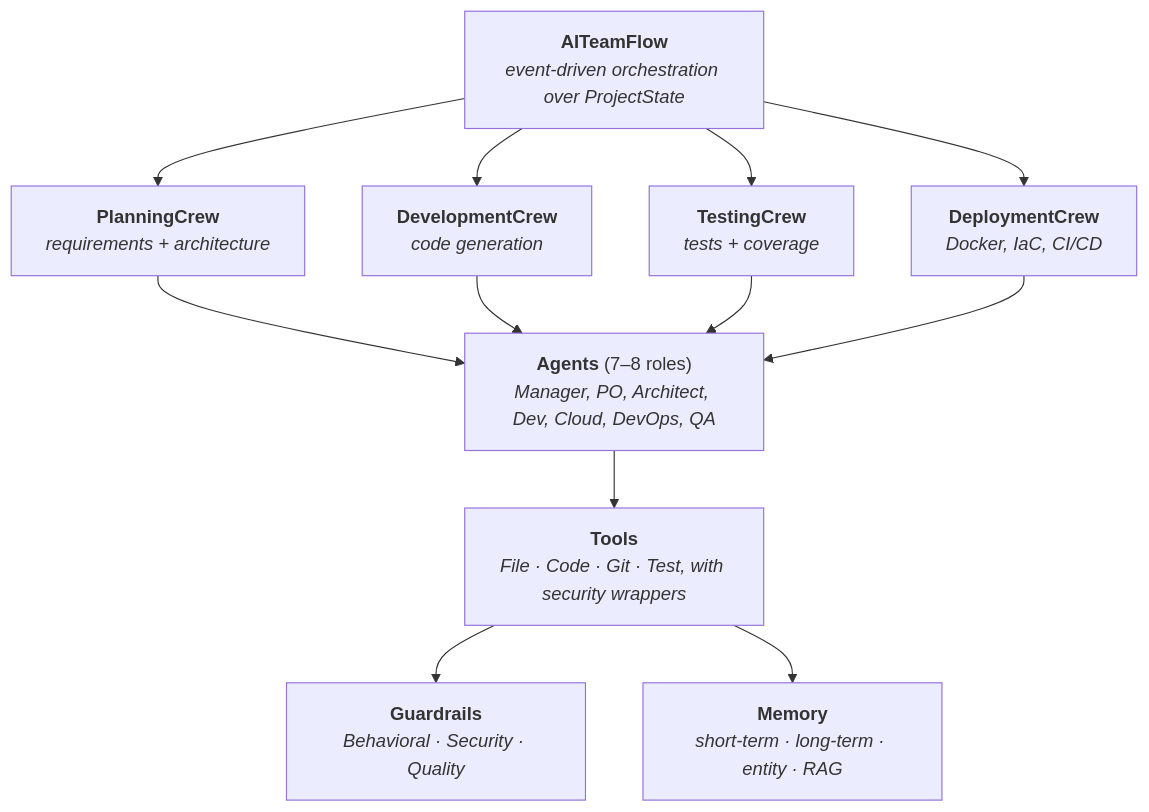
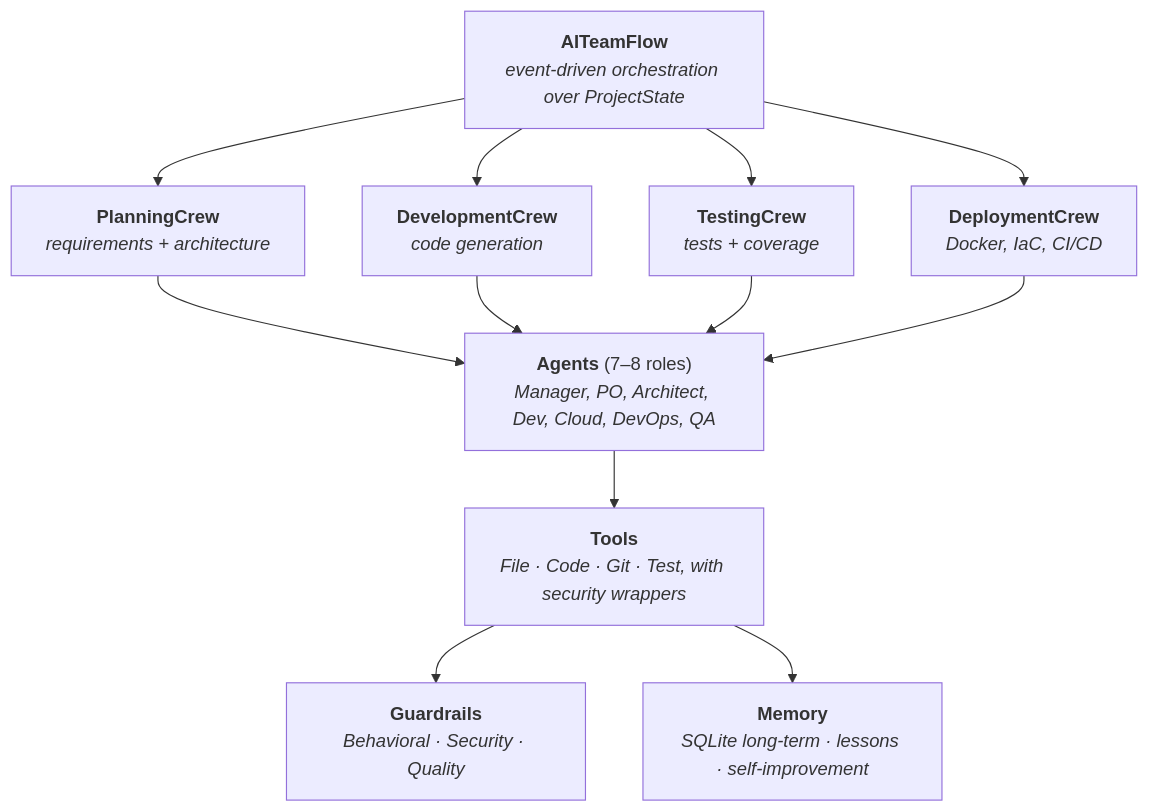
Before and after one commit to RickZee/ai-team: the second of 5 diagrams in docs/ARCHITECTURE.md, drawn with Mermaid. The commit also changed other lines of this file and 14 other files, not shown here.

````diff
--- a/docs/ARCHITECTURE.md
+++ b/docs/ARCHITECTURE.md
@@ -46,24 +39,24 @@
 ```mermaid
 graph TB
     ATF["<b>AITeamFlow</b><br/><i>event-driven orchestration over ProjectState</i>"]
 
     ATF --> PC & DC & TC & DEPC
 
     PC["<b>PlanningCrew</b><br/><i>requirements + architecture</i>"]
     DC["<b>DevelopmentCrew</b><br/><i>code generation</i>"]
     TC["<b>TestingCrew</b><br/><i>tests + coverage</i>"]
     DEPC["<b>DeploymentCrew</b><br/><i>Docker, IaC, CI/CD</i>"]
 
     PC & DC & TC & DEPC --> AG
 
     AG["<b>Agents</b> (7–8 roles)<br/><i>Manager, PO, Architect, Dev, Cloud, DevOps, QA</i>"]
 
     AG --> TOOLS
 
     TOOLS["<b>Tools</b><br/><i>File · Code · Git · Test, with security wrappers</i>"]
 
     TOOLS --> GL & ML
 
     GL["<b>Guardrails</b><br/><i>Behavioral · Security · Quality</i>"]
-    ML["<b>Memory</b><br/><i>short-term · long-term · entity · RAG</i>"]
+    ML["<b>Memory</b><br/><i>SQLite long-term · lessons · self-improvement</i>"]
 ```
````
